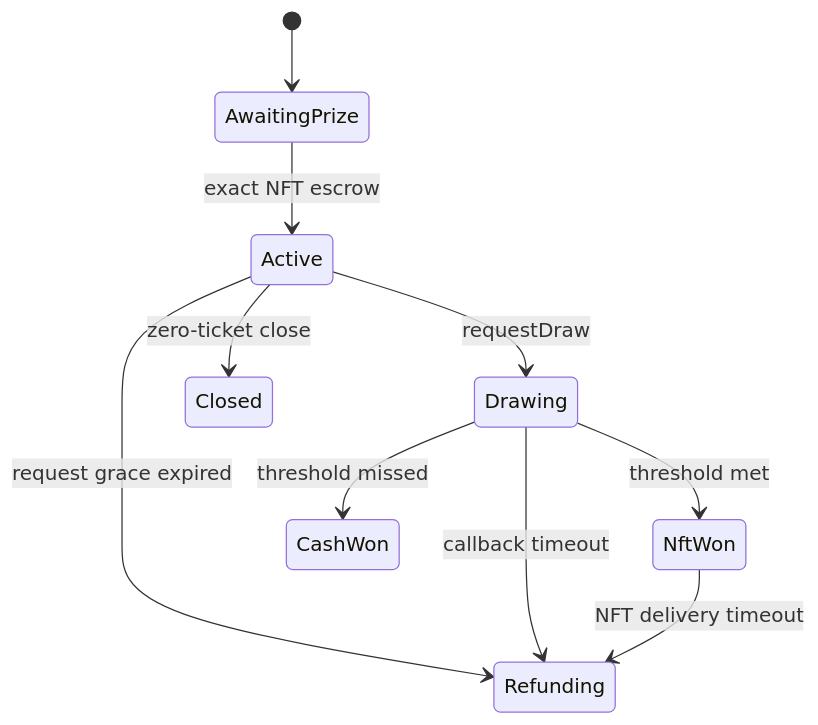
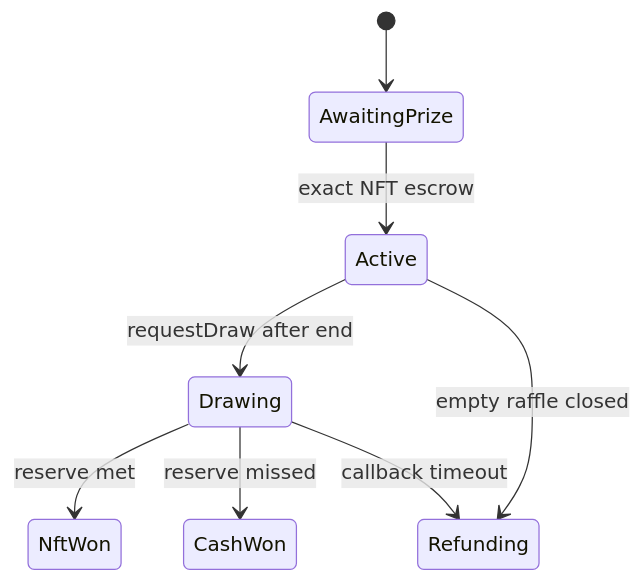
One commit to Heesho/raffle-fun changed the diagram in README.md. Above: the diagram before and after it, drawn with Mermaid. The commit also changed other lines of this file and 153 other files, not shown here.

````diff
--- a/README.md
+++ b/README.md
@@ -41,12 +71,10 @@
 ```mermaid
 stateDiagram-v2
   [*] --> AwaitingPrize
   AwaitingPrize --> Active: exact NFT escrow
-  Active --> Drawing: requestDraw
-  Active --> Refunding: request grace expired
-  Active --> Closed: zero-ticket close
-  Drawing --> NftWon: threshold met
-  Drawing --> CashWon: threshold missed
+  Active --> Drawing: requestDraw after end
+  Active --> Refunding: empty raffle closed
+  Drawing --> NftWon: reserve met
+  Drawing --> CashWon: reserve missed
   Drawing --> Refunding: callback timeout
-  NftWon --> Refunding: NFT delivery timeout
 ```
````
